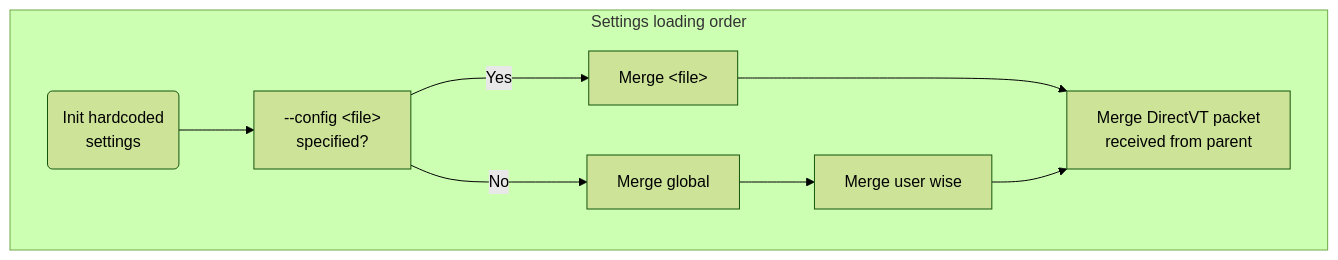
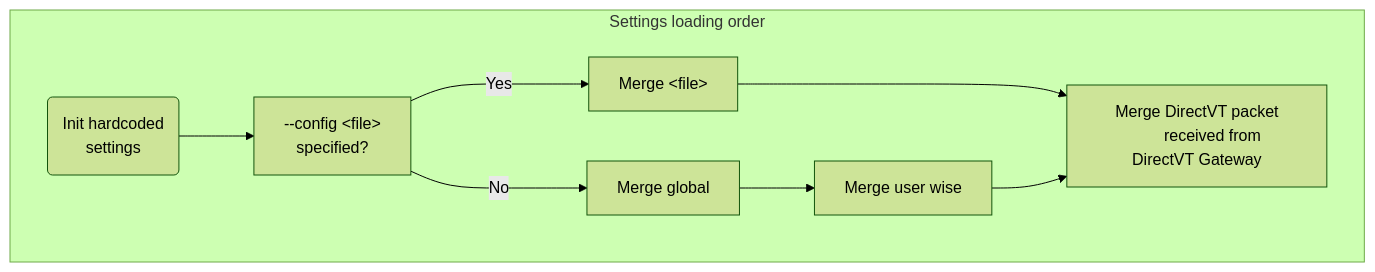
One commit to directvt/vtm changed the diagram in doc/settings.md. Above: the diagram before and after it, drawn with Mermaid (forest theme). The commit also changed 2 other files, not shown here.

````diff
--- a/doc/settings.md
+++ b/doc/settings.md
@@ -3,16 +3,16 @@
 ```mermaid
 graph LR
     subgraph Settings loading order
     direction LR
         B("Init hardcoded
         settings")
         B --> C["--config #lt;file#gt;
         specified?"]
         C -->|Yes| D["Merge #lt;file#gt;"]
         C --->|No| F["Merge global"]
         F --> G["Merge user wise"]
         D ---> H["Merge DirectVT packet
-        received from parent"]
+        received from DirectVT Gateway"]
         G --> H
     end
 ```
````
